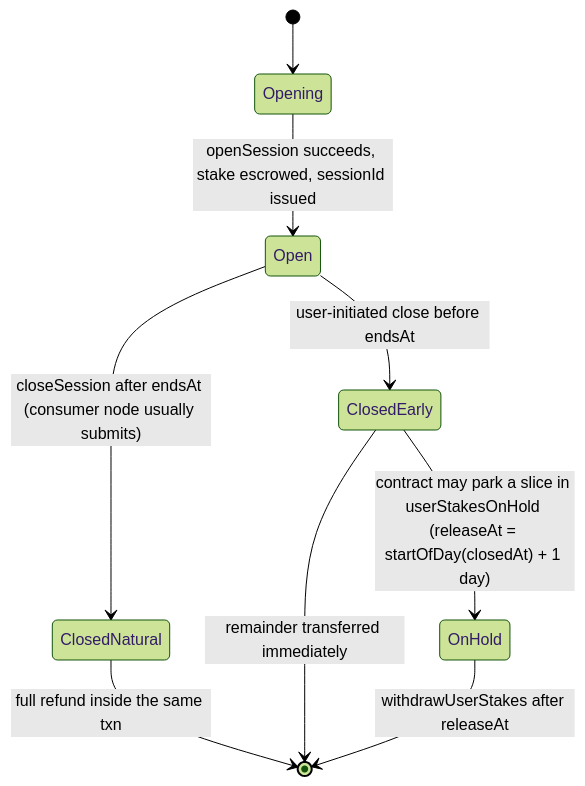
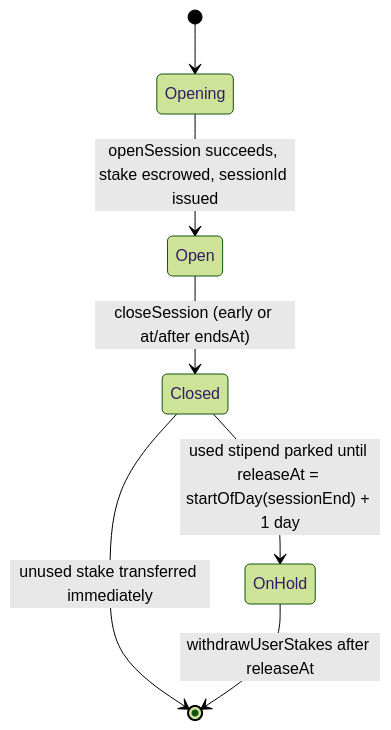
Before and after one commit to cowboycoderhq/Morpheus-Lumerin-Node: the second of 2 diagrams in docs/concepts/sessions-stake-close-recover.mdx, drawn with Mermaid (forest theme). The commit also changed other lines of this file and 13 other files, not shown here.

First line of the commit message:
docs: align consumer MOR / day-lock expectations with #830

````diff
--- a/docs/concepts/sessions-stake-close-recover.mdx
+++ b/docs/concepts/sessions-stake-close-recover.mdx
@@ -123,11 +106,9 @@
 ```mermaid
 stateDiagram-v2
   [*] --> Opening
   Opening --> Open: openSession succeeds, stake escrowed, sessionId issued
-  Open --> ClosedNatural: closeSession after endsAt (consumer node usually submits)
-  Open --> ClosedEarly: user-initiated close before endsAt
-  ClosedNatural --> [*]: full refund inside the same txn
-  ClosedEarly --> OnHold: contract may park a slice in userStakesOnHold (releaseAt = startOfDay(closedAt) + 1 day)
-  ClosedEarly --> [*]: remainder transferred immediately
+  Open --> Closed: closeSession (early or at/after endsAt)
+  Closed --> [*]: unused stake transferred immediately
+  Closed --> OnHold: used stipend parked until releaseAt = startOfDay(sessionEnd) + 1 day
   OnHold --> [*]: withdrawUserStakes after releaseAt
 ```
````
